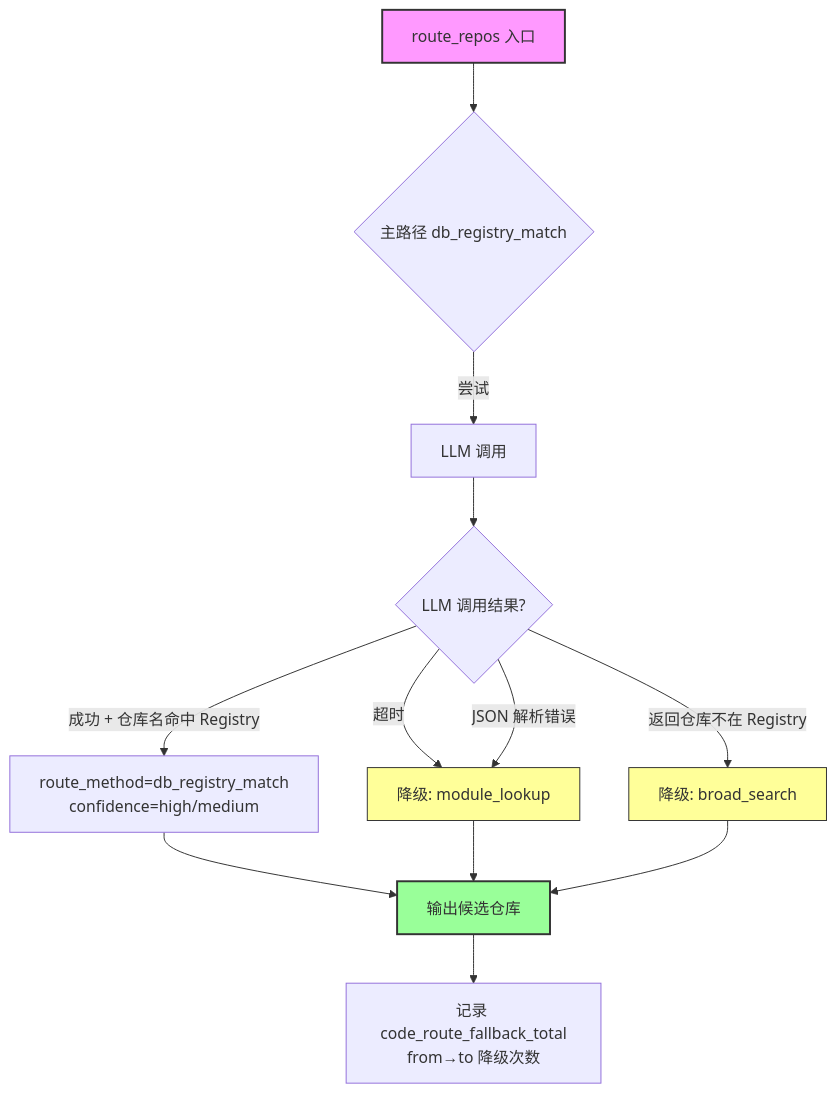
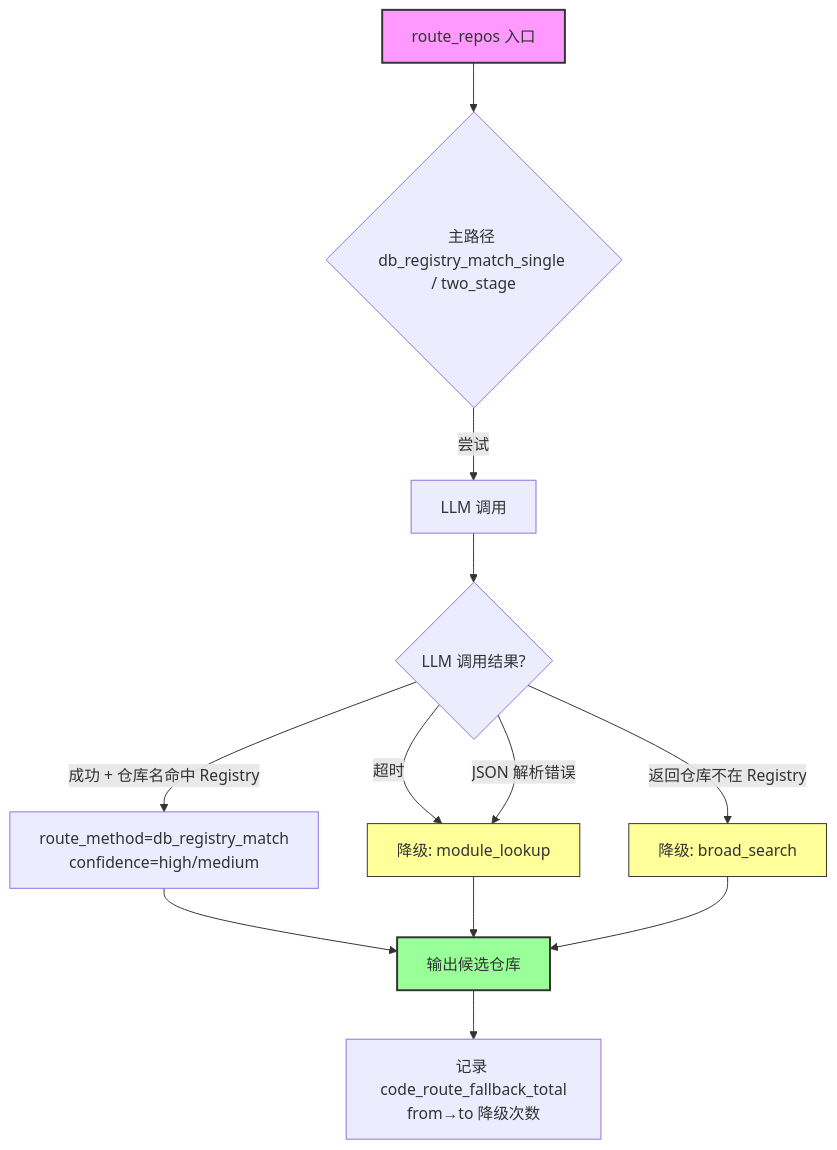
Before and after one commit to leizhuang1332/SPMA: the fourth of 5 diagrams in docs/designs/SPMA-design-13-industry-research-code-location.md, drawn with Mermaid. The commit also changed other lines of this file, not shown here.

````diff
--- a/docs/designs/SPMA-design-13-industry-research-code-location.md
+++ b/docs/designs/SPMA-design-13-industry-research-code-location.md
@@ -1203,22 +1352,22 @@
 ```mermaid
 flowchart TD
-    A[route_repos 入口] --> B{主路径 db_registry_match}
+    A[route_repos 入口] --> B{主路径 db_registry_match_single / two_stage}
     B -->|尝试| C[LLM 调用]
 
     C --> D{LLM 调用结果?}
     D -->|成功 + 仓库名命中 Registry| E[route_method=db_registry_match<br/>confidence=high/medium]
     D -->|超时| F[降级: module_lookup]
     D -->|JSON 解析错误| F
     D -->|返回仓库不在 Registry| G[降级: broad_search]
 
     E --> H[输出候选仓库]
     F --> H
     G --> H
 
     H --> I[记录 code_route_fallback_total<br/>from→to 降级次数]
 
     style A fill:#f9f,stroke:#333,stroke-width:2px
     style H fill:#9f9,stroke:#333,stroke-width:2px
     style F fill:#ff9,stroke:#333
     style G fill:#ff9,stroke:#333
 ```
````
